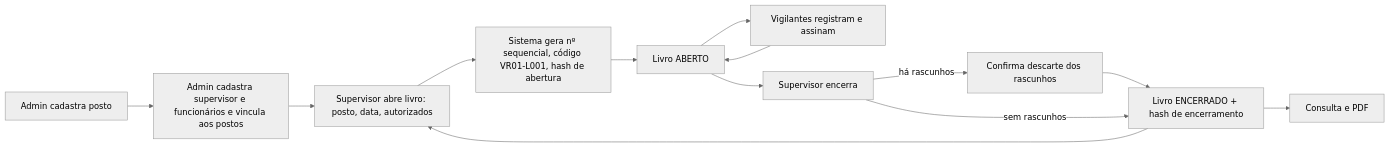
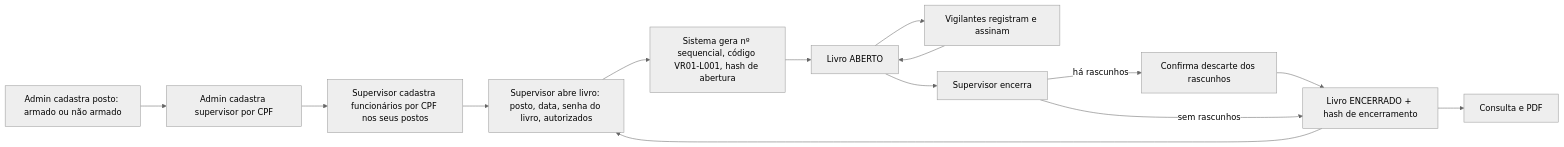
The second of 4 diagrams in FLUXOGRAMA.md (VegasVig/livroATA), drawn with Mermaid (neutral theme) before and after one commit. The commit also changed other lines of this file and 21 other files, not shown here.

````diff
--- a/FLUXOGRAMA.md
+++ b/FLUXOGRAMA.md
@@ -29,15 +30,16 @@
 ```mermaid
 flowchart LR
-  A[Admin cadastra posto] --> B[Admin cadastra supervisor e funcionários e vincula aos postos]
-  B --> C[Supervisor abre livro: posto, data, autorizados]
+  A[Admin cadastra posto: armado ou não armado] --> B[Admin cadastra supervisor por CPF]
+  B --> B2[Supervisor cadastra funcionários por CPF nos seus postos]
+  B2 --> C[Supervisor abre livro: posto, data, senha do livro, autorizados]
   C --> D[Sistema gera nº sequencial, código VR01-L001, hash de abertura]
   D --> E[Livro ABERTO]
   E --> F[Vigilantes registram e assinam]
   F --> E
   E --> G[Supervisor encerra]
   G -->|há rascunhos| H[Confirma descarte dos rascunhos]
   H --> I
   G -->|sem rascunhos| I[Livro ENCERRADO + hash de encerramento]
   I --> J[Consulta e PDF]
   I --> C
 ```
````
